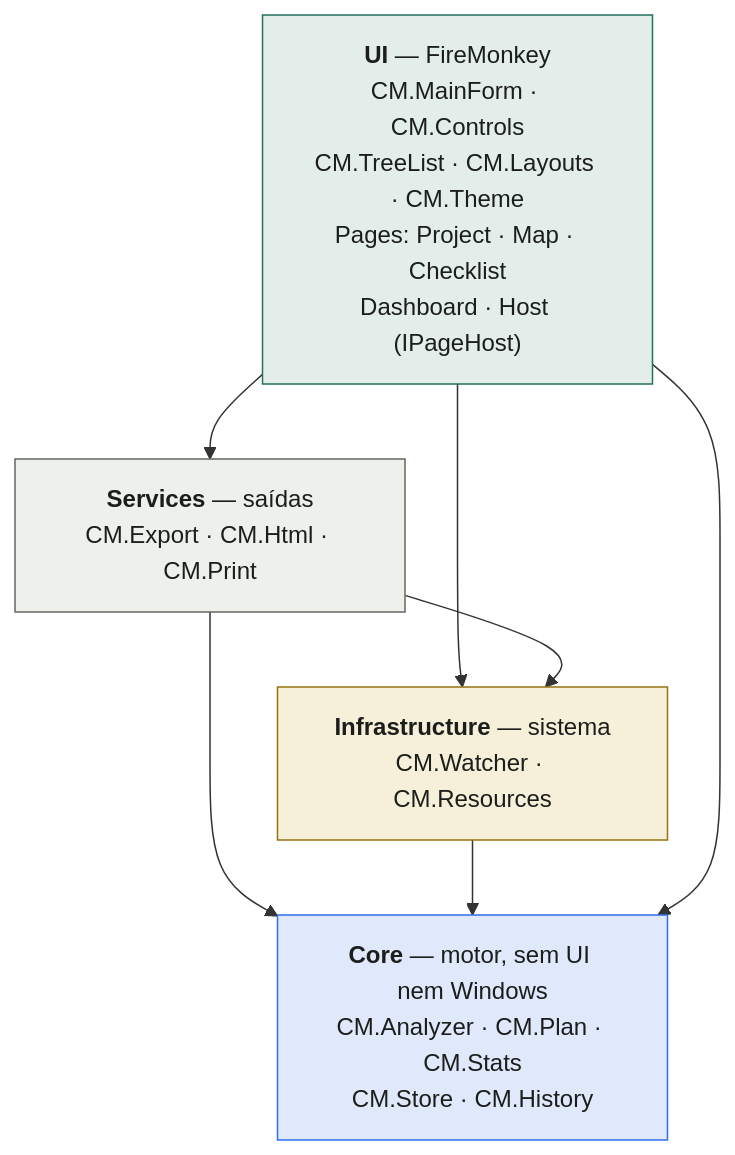
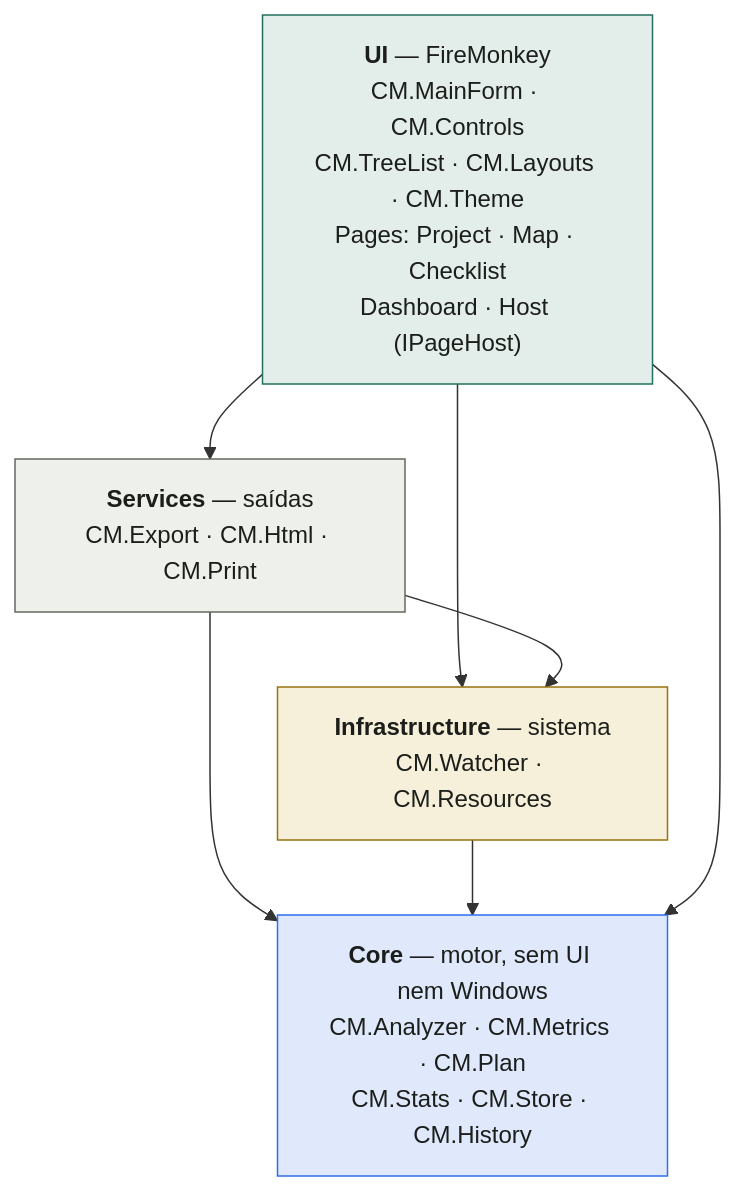
Before and after one commit to JFSF/CodeManager: the first of 7 diagrams in docs/ARQUITETURA.md, drawn with Mermaid. The commit also changed other lines of this file and 25 other files, not shown here.

````diff
--- a/docs/ARQUITETURA.md
+++ b/docs/ARQUITETURA.md
@@ -36,23 +36,23 @@
 ```mermaid
 flowchart TB
     UI["<b>UI</b> — FireMonkey<br/>CM.MainForm · CM.Controls<br/>CM.TreeList · CM.Layouts · CM.Theme<br/>Pages: Project · Map · Checklist<br/>Dashboard · Host (IPageHost)"]
     SVC["<b>Services</b> — saídas<br/>CM.Export · CM.Html · CM.Print"]
     INFRA["<b>Infrastructure</b> — sistema<br/>CM.Watcher · CM.Resources"]
-    CORE["<b>Core</b> — motor, sem UI nem Windows<br/>CM.Analyzer · CM.Plan · CM.Stats<br/>CM.Store · CM.History"]
+    CORE["<b>Core</b> — motor, sem UI nem Windows<br/>CM.Analyzer · CM.Metrics · CM.Plan<br/>CM.Stats · CM.Store · CM.History"]
 
     UI --> SVC
     UI --> INFRA
     SVC --> INFRA
     SVC --> CORE
     INFRA --> CORE
     UI --> CORE
 
     classDef ui fill:#e3ede9,stroke:#23705f,color:#1b1e1a
     classDef svc fill:#eef0eb,stroke:#63685f,color:#1b1e1a
     classDef infra fill:#f6efd9,stroke:#96730f,color:#1b1e1a
     classDef core fill:#dfe9fb,stroke:#2f6fed,color:#1b1e1a
     class UI ui
     class SVC svc
     class INFRA infra
     class CORE core
 ```
````
